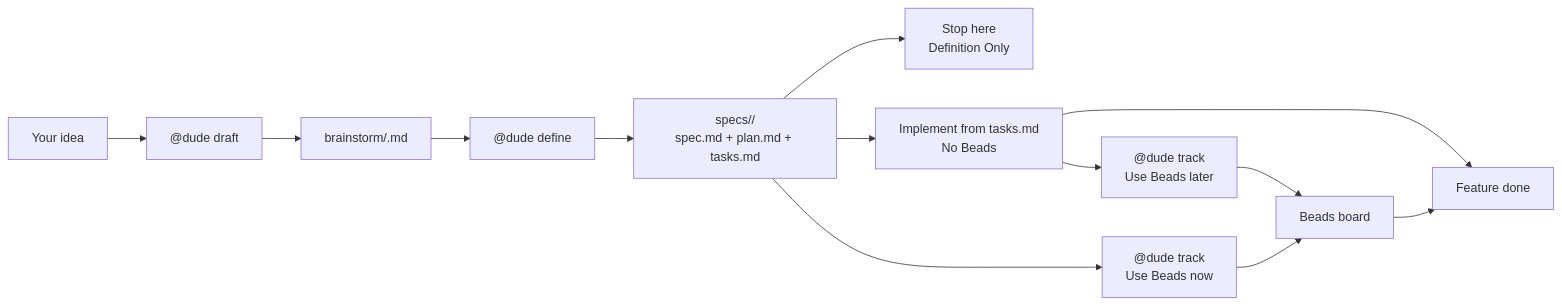
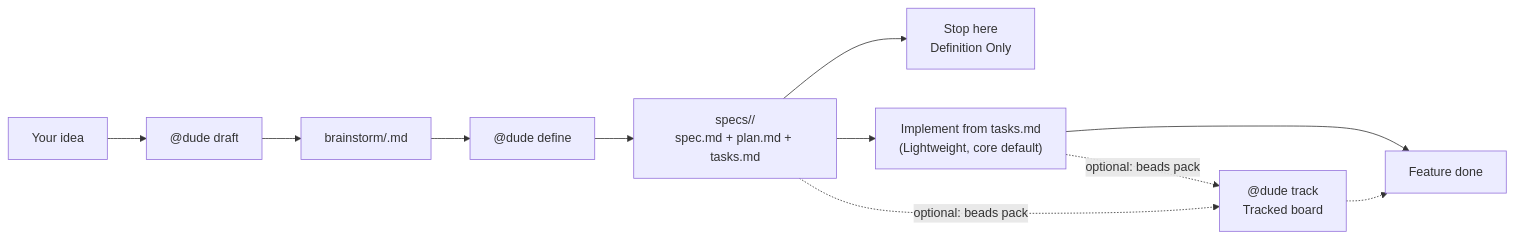
One commit to E-G-C/dude changed the diagram in README.md. Above: the diagram before and after it, drawn with Mermaid. The commit also changed other lines of this file and 7 other files, not shown here.

Commit message:
docs: refresh README + docs for lean core + pack catalog (Phase H)

````diff
--- a/README.md
+++ b/README.md
@@ -18,15 +21,13 @@
 ```mermaid
 flowchart LR
   IDEA["Your idea"] --> DRAFT["@dude draft"]
   DRAFT --> BRAIN["brainstorm/<feature>.md"]
   BRAIN --> DEFINE["@dude define"]
   DEFINE --> PACKAGE["specs/<feature>/\nspec.md + plan.md + tasks.md"]
   PACKAGE --> STOP["Stop here\nDefinition Only"]
-  PACKAGE --> TASKS["Implement from tasks.md\nNo Beads"]
+  PACKAGE --> TASKS["Implement from tasks.md\n(Lightweight, core default)"]
   TASKS --> DONE["Feature done"]
-  PACKAGE --> TRACK_NOW["@dude track\nUse Beads now"]
-  TASKS --> TRACK_LATER["@dude track\nUse Beads later"]
-  TRACK_NOW --> BEADS["Beads board"]
-  TRACK_LATER --> BEADS
-  BEADS --> DONE
+  PACKAGE -.->|optional: beads pack| TRACK["@dude track\nTracked board"]
+  TASKS -.->|optional: beads pack| TRACK
+  TRACK -.-> DONE
 ```
````
